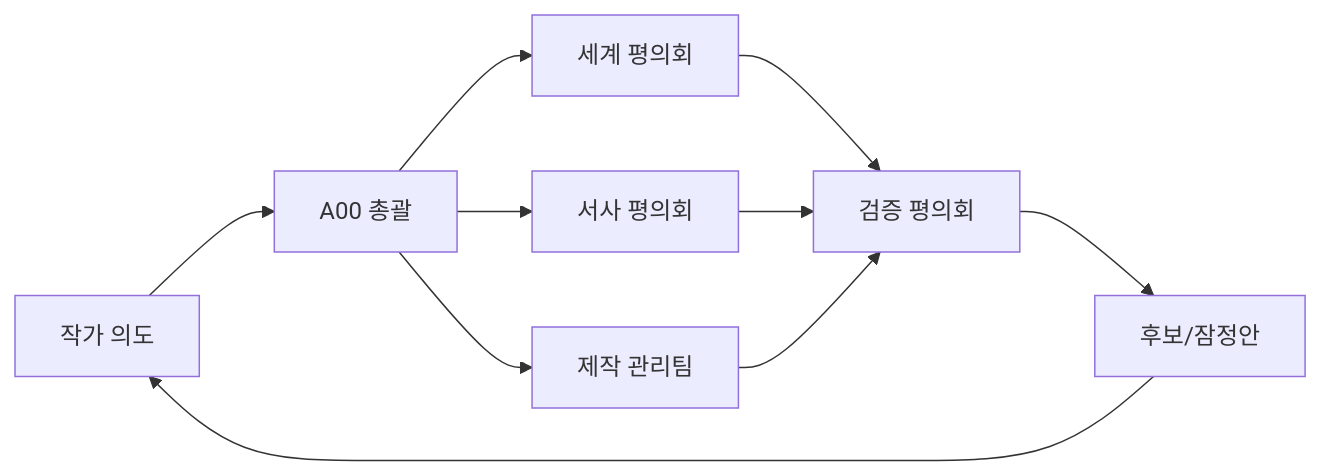
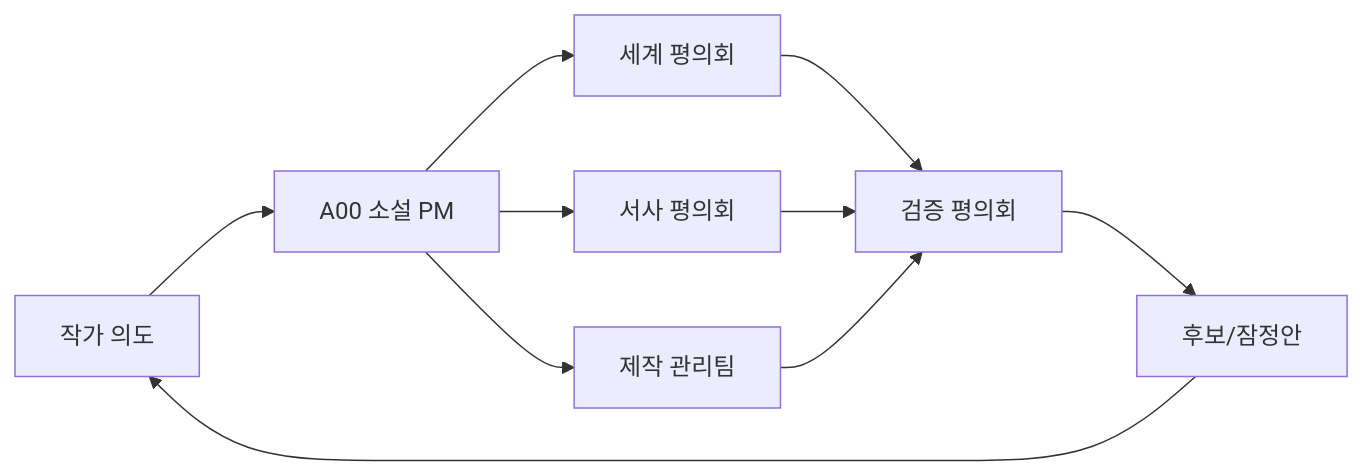
One commit to storm-credit/yeonmaek-universe changed the diagram in AGENTS.md. Above: the diagram before and after it, drawn with Mermaid. The commit also changed other lines of this file, not shown here.

````diff
--- a/AGENTS.md
+++ b/AGENTS.md
@@ -62,12 +95,12 @@
 ```mermaid
 flowchart LR
-  U[작가 의도] --> O[A00 총괄]
+  U[작가 의도] --> O[A00 소설 PM]
   O --> W[세계 평의회]
   O --> N[서사 평의회]
   O --> P[제작 관리팀]
   W --> V[검증 평의회]
   N --> V
   P --> V
   V --> C[후보/잠정안]
   C --> U
 ```
````
